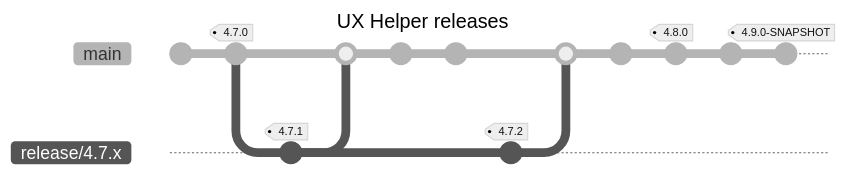
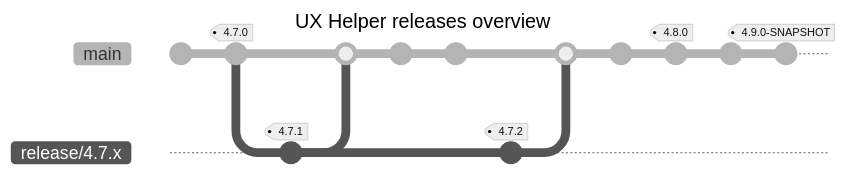
The first of 2 diagrams in RELEASING.md (ROKT/rokt-ux-helper-android), drawn with Mermaid (neutral theme) before and after one commit. The commit also changed other lines of this file, not shown here. Commit ids are hidden.

````diff
--- a/RELEASING.md
+++ b/RELEASING.md
@@ -3,24 +3,24 @@
 ```mermaid
 ---
-title: UX Helper releases
+title: UX Helper releases overview
 ---
 
 gitGraph
-   commit
-   commit tag: "4.7.0"
-   branch release/4.7.x
-   checkout release/4.7.x
-   commit tag: "4.7.1"
-   checkout main
-   merge release/4.7.x
-   commit
-   commit
-   checkout release/4.7.x
-   commit tag: "4.7.2"
-   checkout main
-   merge release/4.7.x
-   commit
-   commit tag: "4.8.0"
-   commit
-   commit tag: "4.9.0-SNAPSHOT"
+    commit
+    commit tag: "4.7.0"
+    branch release/4.7.x
+    checkout release/4.7.x
+    commit tag: "4.7.1"
+    checkout main
+    merge release/4.7.x
+    commit
+    commit
+    checkout release/4.7.x
+    commit tag: "4.7.2"
+    checkout main
+    merge release/4.7.x
+    commit
+    commit tag: "4.8.0"
+    commit
+    commit tag: "4.9.0-SNAPSHOT"
 ```
````
